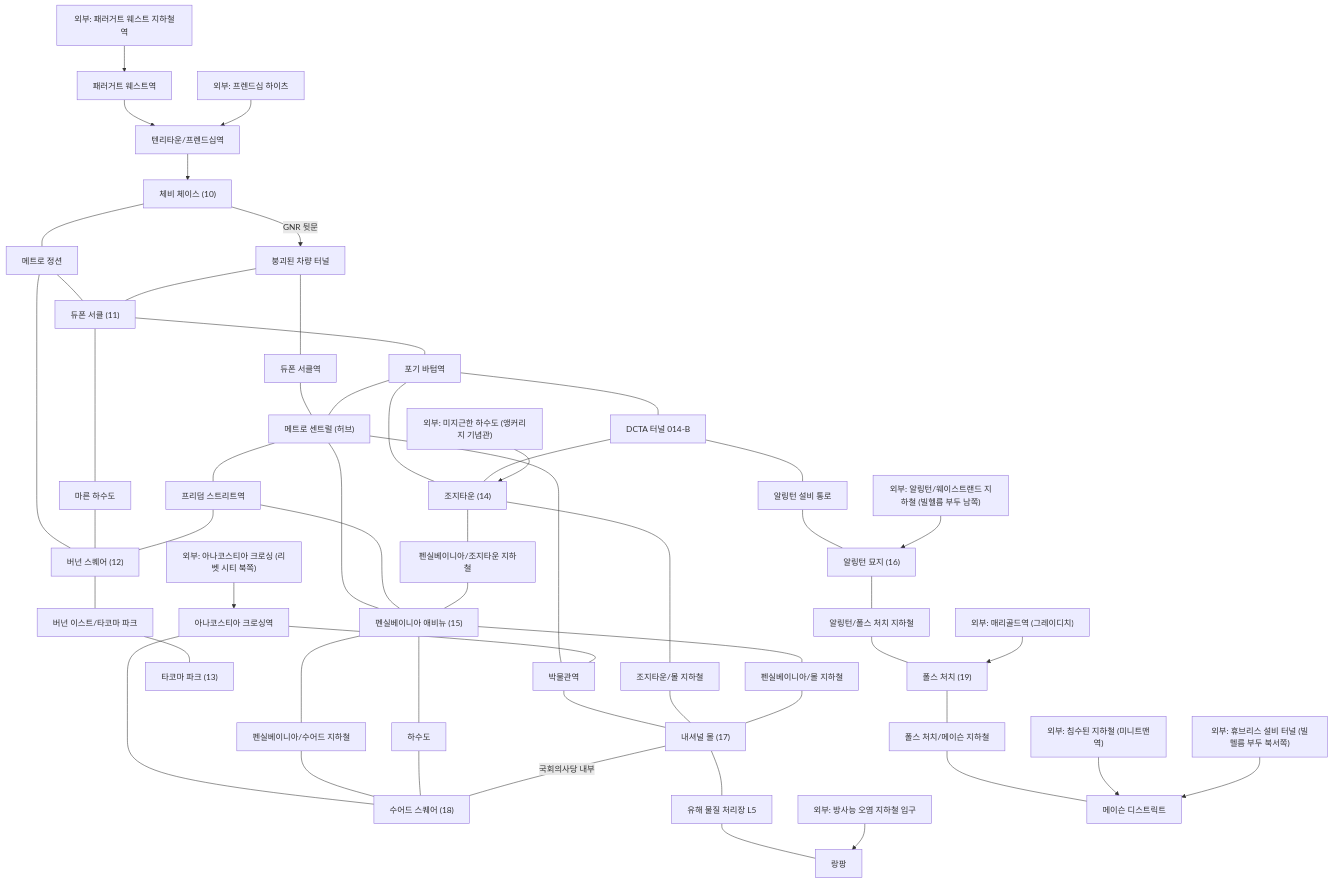
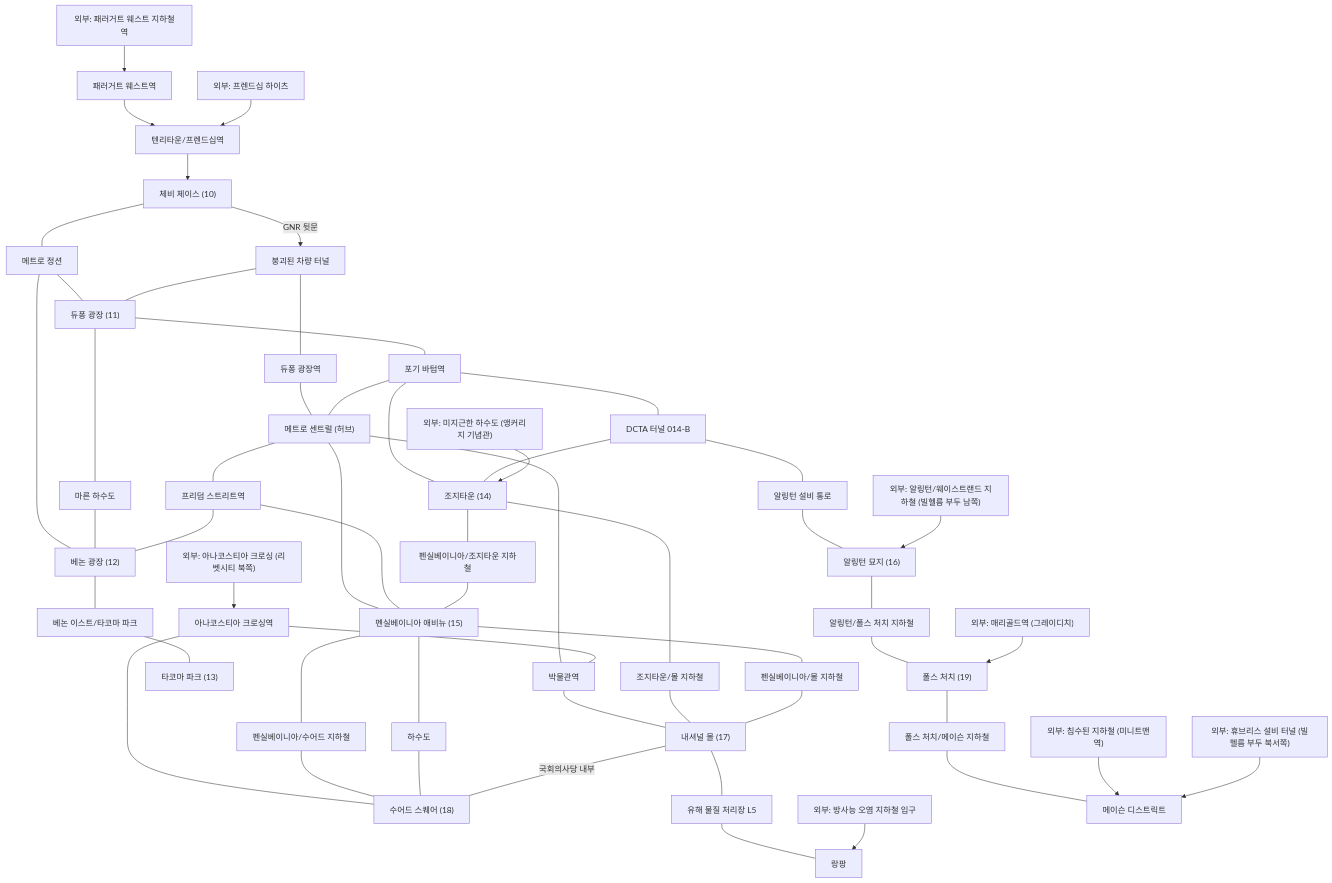
Before and after one commit to forsurvive/003: the first of 2 diagrams in docs/reverse-design/12_world-structure-settlements.md, drawn with Mermaid. The commit also changed other lines of this file and 16 other files, not shown here.

````diff
--- a/docs/reverse-design/12_world-structure-settlements.md
+++ b/docs/reverse-design/12_world-structure-settlements.md
@@ -298,57 +298,57 @@
 ```mermaid
 flowchart TD
     W1["외부: 패러거트 웨스트 지하철역"] --> M1["패러거트 웨스트역"]
     M1 --> M2["텐리타운/프렌드십역"]
     W2["외부: 프렌드십 하이츠"] --> M2
     M2 --> D10["체비 체이스 (10)"]
     D10 --- M3["메트로 정션"]
-    M3 --- D11["듀폰 서클 (11)"]
-    M3 --- D12["버넌 스퀘어 (12)"]
+    M3 --- D11["듀퐁 광장 (11)"]
+    M3 --- D12["베논 광장 (12)"]
     D10 -- "GNR 뒷문" --> M4["붕괴된 차량 터널"]
     M4 --- D11
-    M4 --- M5["듀폰 서클역"]
+    M4 --- M5["듀퐁 광장역"]
     M5 --- M6["메트로 센트럴 (허브)"]
     D11 --- M7["포기 바텀역"]
     M7 --- M6
     M7 --- D14["조지타운 (14)"]
     M7 --- M8["DCTA 터널 014-B"]
     M8 --- D14
     M8 --- M9["알링턴 설비 통로"]
     M9 --- D16["알링턴 묘지 (16)"]
     D11 --- M10["마른 하수도"]
     M10 --- D12
     M6 --- D15["펜실베이니아 애비뉴 (15)"]
     M6 --- M11["프리덤 스트리트역"]
     M11 --- D12
     M11 --- D15
     M6 --- M12["박물관역"]
     M12 --- D17["내셔널 몰 (17)"]
-    W3["외부: 아나코스티아 크로싱 (리벳 시티 북쪽)"] --> M13["아나코스티아 크로싱역"]
+    W3["외부: 아나코스티아 크로싱 (리벳시티 북쪽)"] --> M13["아나코스티아 크로싱역"]
     M13 --- M12
     M13 --- D18["수어드 스퀘어 (18)"]
-    D12 --- M14["버넌 이스트/타코마 파크"]
+    D12 --- M14["베논 이스트/타코마 파크"]
     M14 --- D13["타코마 파크 (13)"]
     D14 --- M15["조지타운/몰 지하철"]
     M15 --- D17
     D14 --- M16["펜실베이니아/조지타운 지하철"]
     M16 --- D15
     D15 --- M17["펜실베이니아/수어드 지하철"]
     M17 --- D18
     D15 --- M18["하수도"]
     M18 --- D18
     D15 --- M19["펜실베이니아/몰 지하철"]
     M19 --- D17
     D17 -- "국회의사당 내부" --- D18
     D17 --- M20["유해 물질 처리장 L5"]
     M20 --- D21["랑팡"]
     W4["외부: 방사능 오염 지하철 입구"] --> D21
     W5["외부: 미지근한 하수도 (앵커리지 기념관)"] --> D14
     W6["외부: 알링턴/웨이스트랜드 지하철 (빌헬름 부두 남쪽)"] --> D16
     D16 --- M21["알링턴/폴스 처치 지하철"]
     M21 --- D19["폴스 처치 (19)"]
     W7["외부: 매리골드역 (그레이디치)"] --> D19
     D19 --- M22["폴스 처치/메이슨 지하철"]
     M22 --- D20["메이슨 디스트릭트"]
     W8["외부: 침수된 지하철 (미니트맨역)"] --> D20
     W9["외부: 휴브리스 설비 터널 (빌헬름 부두 북서쪽)"] --> D20
 ```
````
